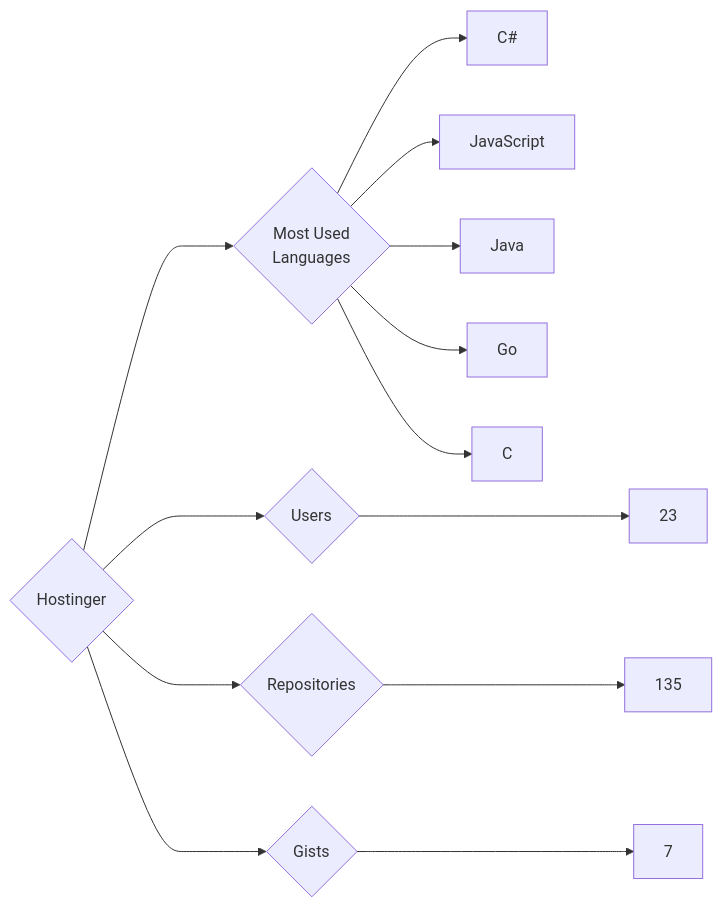
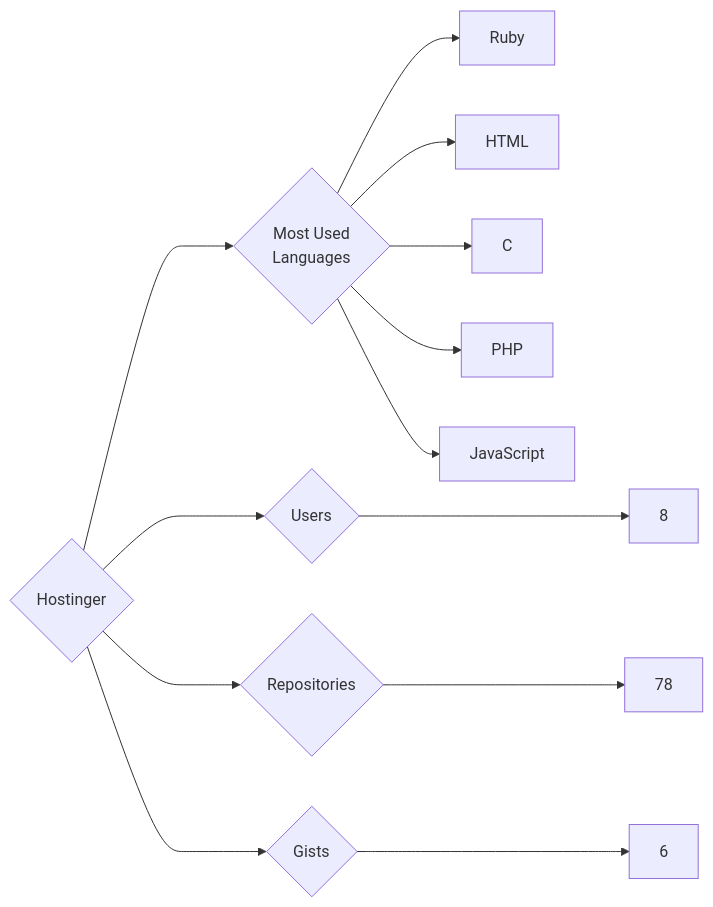
The diagram in targets/Hostinger/README.md (trickest/insiders), drawn with Mermaid before and after one commit. The commit also changed 914 other files, not shown here.

````diff
--- a/targets/Hostinger/README.md
+++ b/targets/Hostinger/README.md
@@ -3,13 +3,13 @@
 ```mermaid
 graph LR
 COMPANY_NAME{Hostinger}
-COMPANY_NAME ---> U{Users} ---> UN[23]
-COMPANY_NAME ---> R{Repositories} ---> RN[135]
-COMPANY_NAME ---> G{Gists} ---> GN[7]
+COMPANY_NAME ---> U{Users} ---> UN[8]
+COMPANY_NAME ---> R{Repositories} ---> RN[78]
+COMPANY_NAME ---> G{Gists} ---> GN[6]
 COMPANY_NAME ---> ML{Most Used<br>Languages}
-ML --> C#[C#]
+ML --> Ruby[Ruby]
+ML --> HTML[HTML]
+ML --> C[C]
+ML --> PHP[PHP]
 ML --> JavaScript[JavaScript]
-ML --> Java[Java]
-ML --> Go[Go]
-ML --> C[C]
 ```
````
